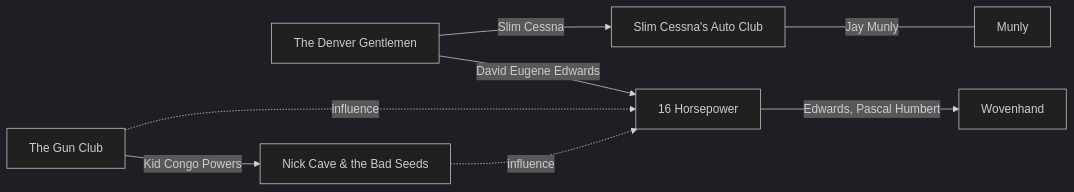
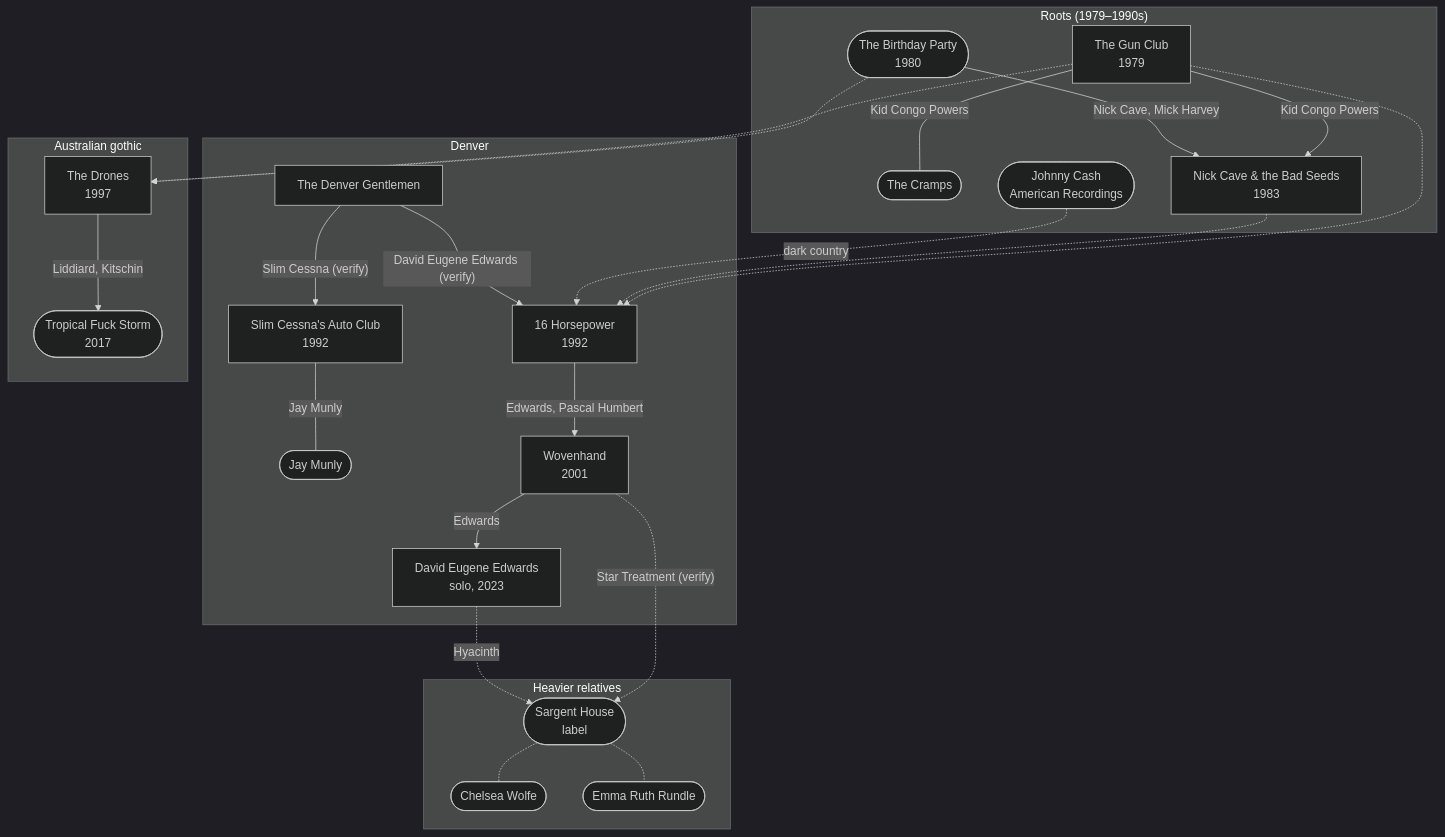
Before and after one commit to zrrbite/music-scenes: the diagram in gothic-americana/connections.md, drawn with Mermaid (dark theme). The commit also changed other lines of this file and 15 other files, not shown here.

Commit message:
Add The Drones, Edwards solo page, and a family tree for every scene

````diff
--- a/gothic-americana/connections.md
+++ b/gothic-americana/connections.md
@@ -30,10 +9,46 @@
 ```mermaid
-flowchart LR
-    DG[The Denver Gentlemen] -- "David Eugene Edwards" --> SHP[16 Horsepower]
-    DG -- "Slim Cessna" --> SCAC[Slim Cessna's Auto Club]
-    SHP -- "Edwards, Pascal Humbert" --> WH[Wovenhand]
-    SCAC -- "Jay Munly" --- MUN[Munly]
-    GC[The Gun Club] -- "Kid Congo Powers" --> NC[Nick Cave & the Bad Seeds]
-    GC -. "influence" .-> SHP
-    NC -. "influence" .-> SHP
+flowchart TD
+    subgraph ROOTS["Roots (1979–1990s)"]
+        GC["The Gun Club<br/>1979"]
+        CR(["The Cramps"])
+        BP(["The Birthday Party<br/>1980"])
+        NC["Nick Cave & the Bad Seeds<br/>1983"]
+        CASH(["Johnny Cash<br/>American Recordings"])
+    end
+    subgraph DEN["Denver"]
+        DG["The Denver Gentlemen"]
+        SHP["16 Horsepower<br/>1992"]
+        SCAC["Slim Cessna's Auto Club<br/>1992"]
+        MUN(["Jay Munly"])
+        WH["Wovenhand<br/>2001"]
+        DEE["David Eugene Edwards<br/>solo, 2023"]
+    end
+    subgraph AUS["Australian gothic"]
+        DR["The Drones<br/>1997"]
+        TFS(["Tropical Fuck Storm<br/>2017"])
+    end
+    subgraph HEAVY["Heavier relatives"]
+        SH(["Sargent House<br/>label"])
+        CW(["Chelsea Wolfe"])
+        ERR(["Emma Ruth Rundle"])
+    end
+
+    GC -- "Kid Congo Powers" --- CR
+    GC -- "Kid Congo Powers" --> NC
+    BP -- "Nick Cave, Mick Harvey" --> NC
+    GC -.-> SHP
+    NC -.-> SHP
+    CASH -. "dark country" .-> SHP
+    DG -- "David Eugene Edwards (verify)" --> SHP
+    DG -- "Slim Cessna (verify)" --> SCAC
+    SCAC -- "Jay Munly" --- MUN
+    SHP -- "Edwards, Pascal Humbert" --> WH
+    BP -.-> DR
+    GC -.-> DR
+    DR -- "Liddiard, Kitschin" --> TFS
+    WH -- "Edwards" --> DEE
+    WH -. "Star Treatment (verify)" .-> SH
+    DEE -. "Hyacinth" .-> SH
+    SH -.- CW
+    SH -.- ERR
 ```
````
